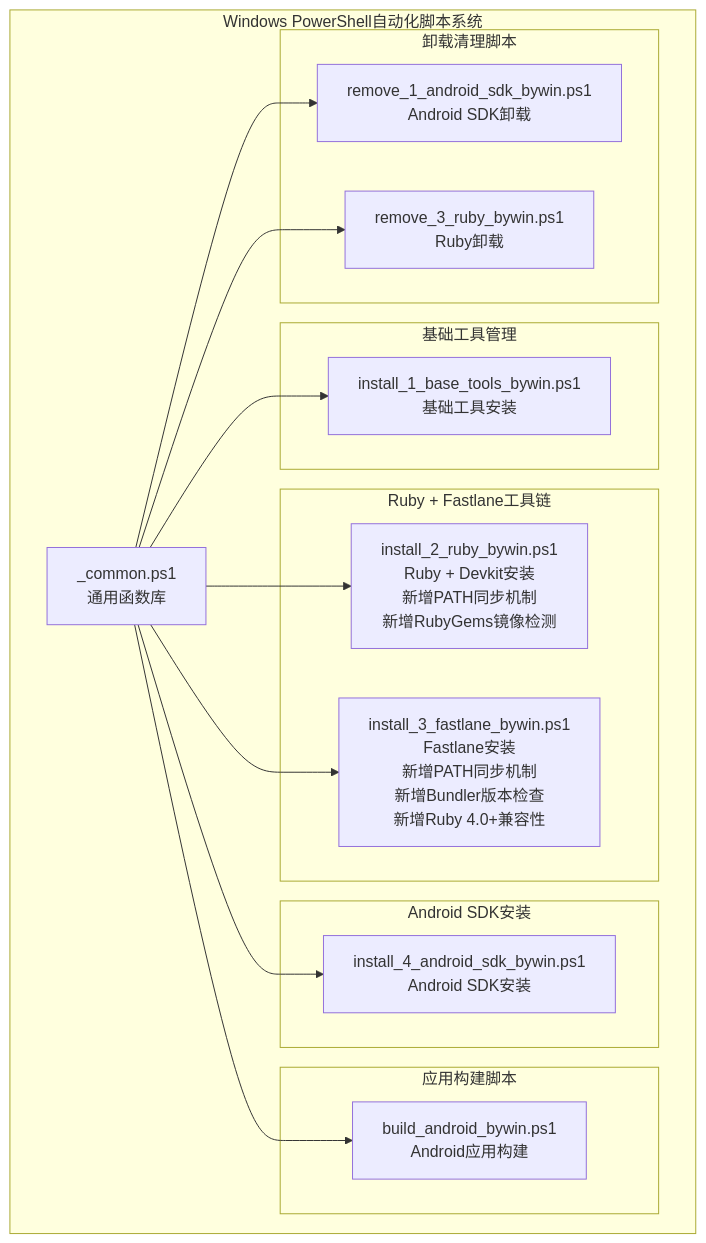
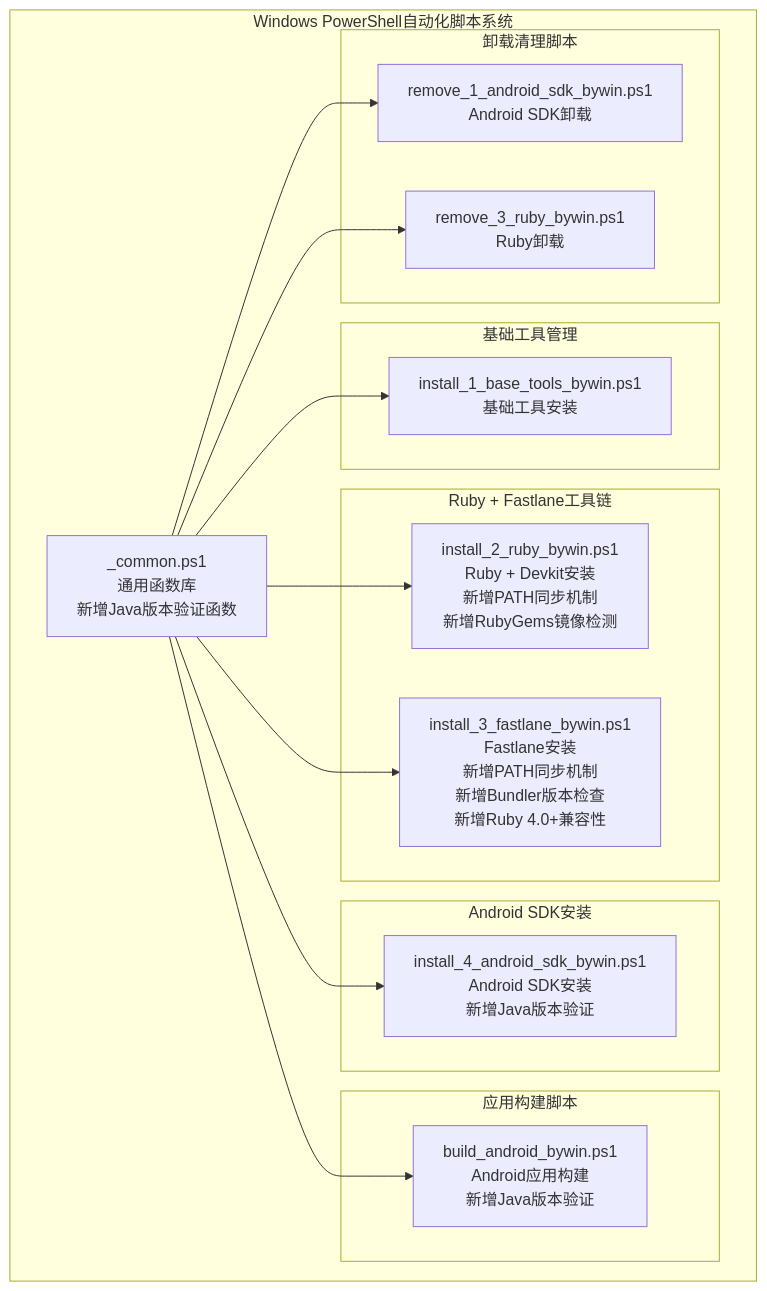
The first of 8 diagrams in .qoder/repowiki/zh/content/构建与部署/Windows PowerShell自动化.md (tea4go/Macro-Deck-Client-App), drawn with Mermaid before and after one commit. The commit also changed other lines of this file and 23 other files, not shown here.

````diff
--- a/.qoder/repowiki/zh/content/构建与部署/Windows PowerShell自动化.md
+++ b/.qoder/repowiki/zh/content/构建与部署/Windows PowerShell自动化.md
@@ -62,30 +68,30 @@
 ```mermaid
 graph TB
 subgraph "Windows PowerShell自动化脚本系统"
-Common[_common.ps1<br/>通用函数库]
+Common[_common.ps1<br/>通用函数库<br/>新增Java版本验证函数]
 subgraph "基础工具管理"
 BaseTools[install_1_base_tools_bywin.ps1<br/>基础工具安装]
 end
 subgraph "Ruby + Fastlane工具链"
 InstallRuby[install_2_ruby_bywin.ps1<br/>Ruby + Devkit安装<br/>新增PATH同步机制<br/>新增RubyGems镜像检测]
 InstallFastlane[install_3_fastlane_bywin.ps1<br/>Fastlane安装<br/>新增PATH同步机制<br/>新增Bundler版本检查<br/>新增Ruby 4.0+兼容性]
 end
 subgraph "Android SDK安装"
-InstallSDK[install_4_android_sdk_bywin.ps1<br/>Android SDK安装]
+InstallSDK[install_4_android_sdk_bywin.ps1<br/>Android SDK安装<br/>新增Java版本验证]
 end
 subgraph "应用构建脚本"
-BuildAndroid[build_android_bywin.ps1<br/>Android应用构建]
+BuildAndroid[build_android_bywin.ps1<br/>Android应用构建<br/>新增Java版本验证]
 end
 subgraph "卸载清理脚本"
 RemoveSDK[remove_1_android_sdk_bywin.ps1<br/>Android SDK卸载]
 RemoveRuby[remove_3_ruby_bywin.ps1<br/>Ruby卸载]
 end
 Common --> BaseTools
 Common --> InstallRuby
 Common --> InstallFastlane
 Common --> InstallSDK
 Common --> BuildAndroid
 Common --> RemoveSDK
 Common --> RemoveRuby
 end
 ```
````
